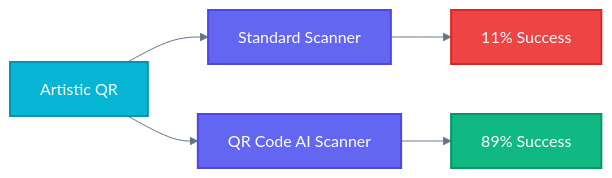
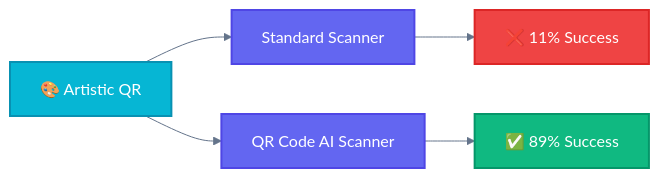
The first of 6 diagrams in README.md (supernovae-ai/qrai-scanner), drawn with Mermaid before and after one commit. The commit also changed other lines of this file, not shown here.

````diff
--- a/README.md
+++ b/README.md
@@ -157,17 +33,17 @@
 ```mermaid
 %%{init: {'theme': 'base', 'themeVariables': {'lineColor': '#64748b'}}}%%
 flowchart LR
     accTitle: Standard vs QR Code AI Scanner
     accDescr: Comparison showing 89% success rate vs 11% for standard scanners
 
     classDef success fill:#10b981,stroke:#059669,stroke-width:2px,color:#ffffff
     classDef error fill:#ef4444,stroke:#dc2626,stroke-width:2px,color:#ffffff
     classDef process fill:#6366f1,stroke:#4f46e5,stroke-width:2px,color:#ffffff
     classDef data fill:#06b6d4,stroke:#0891b2,stroke-width:2px,color:#ffffff
 
-    ART[Artistic QR]:::data --> STD[Standard Scanner]:::process
+    ART[🎨 Artistic QR]:::data --> STD[Standard Scanner]:::process
     ART --> SCANNER[QR Code AI Scanner]:::process
 
-    STD --> FAIL[11% Success]:::error
-    SCANNER --> WIN[89% Success]:::success
+    STD --> FAIL[❌ 11% Success]:::error
+    SCANNER --> WIN[✅ 89% Success]:::success
 ```
````
